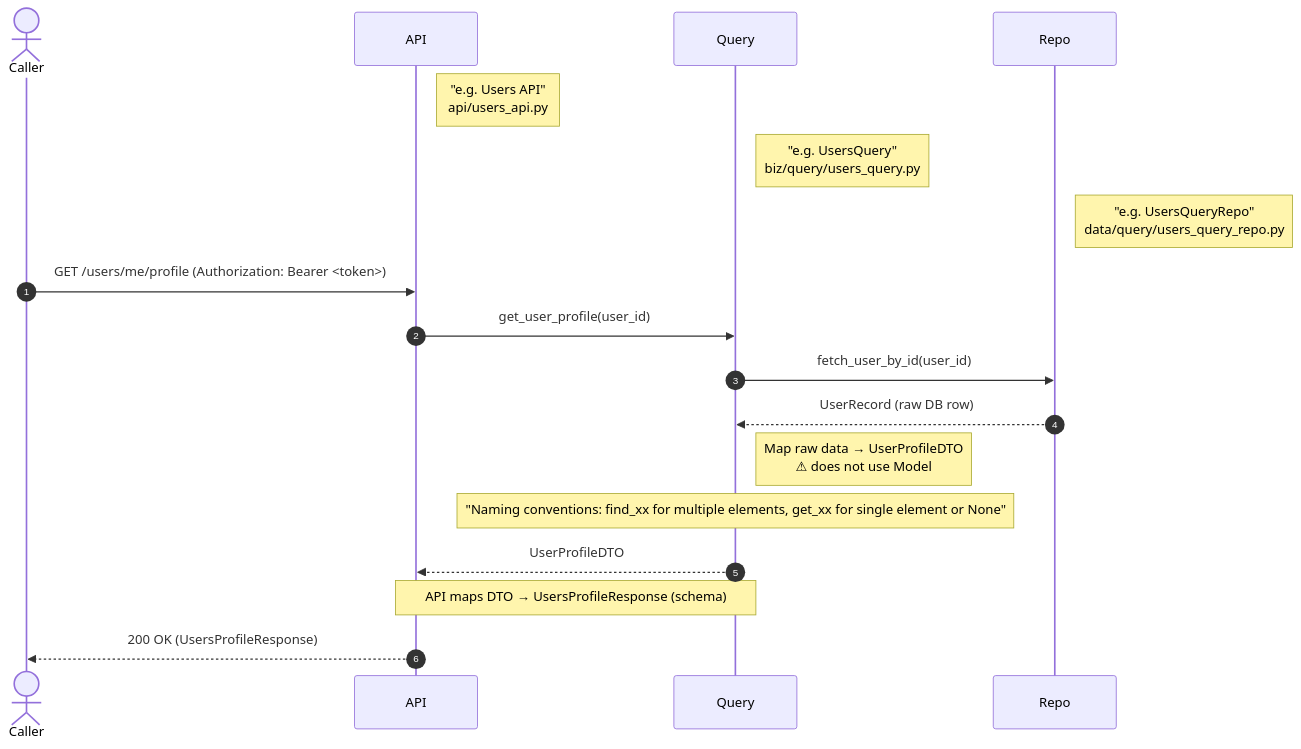
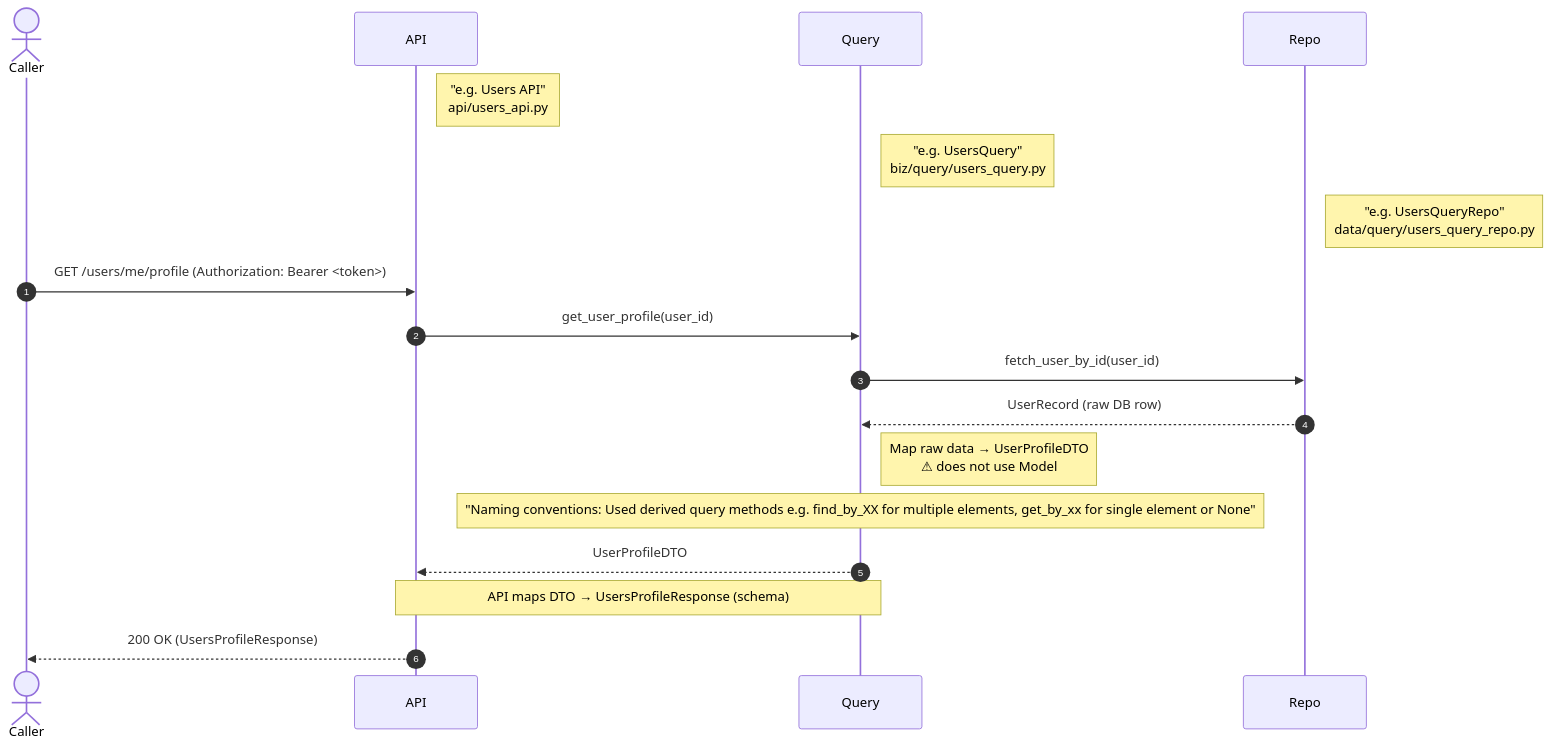
The second of 6 diagrams in Patterns/Apps/Microservices/python/BDP-FastApi-agentic.md (eSynergy-Solutions/architecture-patterns), drawn with Mermaid before and after one commit. The commit also changed other lines of this file, not shown here.

Commit message:
used derived query methods for repo and queryRepo

````diff
--- a/Patterns/Apps/Microservices/python/BDP-FastApi-agentic.md
+++ b/Patterns/Apps/Microservices/python/BDP-FastApi-agentic.md
@@ -124,22 +125,22 @@
 ```mermaid
 sequenceDiagram
     autonumber
     actor User as Caller
     participant API
     participant Query
     participant Repo
 
     Note right of API: "e.g. Users API"<br/>api/users_api.py
     Note right of Query: "e.g. UsersQuery"<br/>biz/query/users_query.py
     Note right of Repo: "e.g. UsersQueryRepo"<br/>data/query/users_query_repo.py
 
     User->>API: GET /users/me/profile (Authorization: Bearer <token>)
     API->>Query: get_user_profile(user_id)
     Query->>Repo: fetch_user_by_id(user_id)
     Repo-->>Query: UserRecord (raw DB row)
     Note right of Query: Map raw data → UserProfileDTO<br/>⚠ does not use Model
-    Note over Query: "Naming conventions: find_xx for multiple elements, get_xx for single element or None"
+    Note over Query: "Naming conventions: Used derived query methods e.g. find_by_XX for multiple elements, get_by_xx for single element or None"
     Query-->>API: UserProfileDTO
     Note over API,Query: API maps DTO → UsersProfileResponse (schema)
     API-->>User: 200 OK (UsersProfileResponse)
 ```
````
